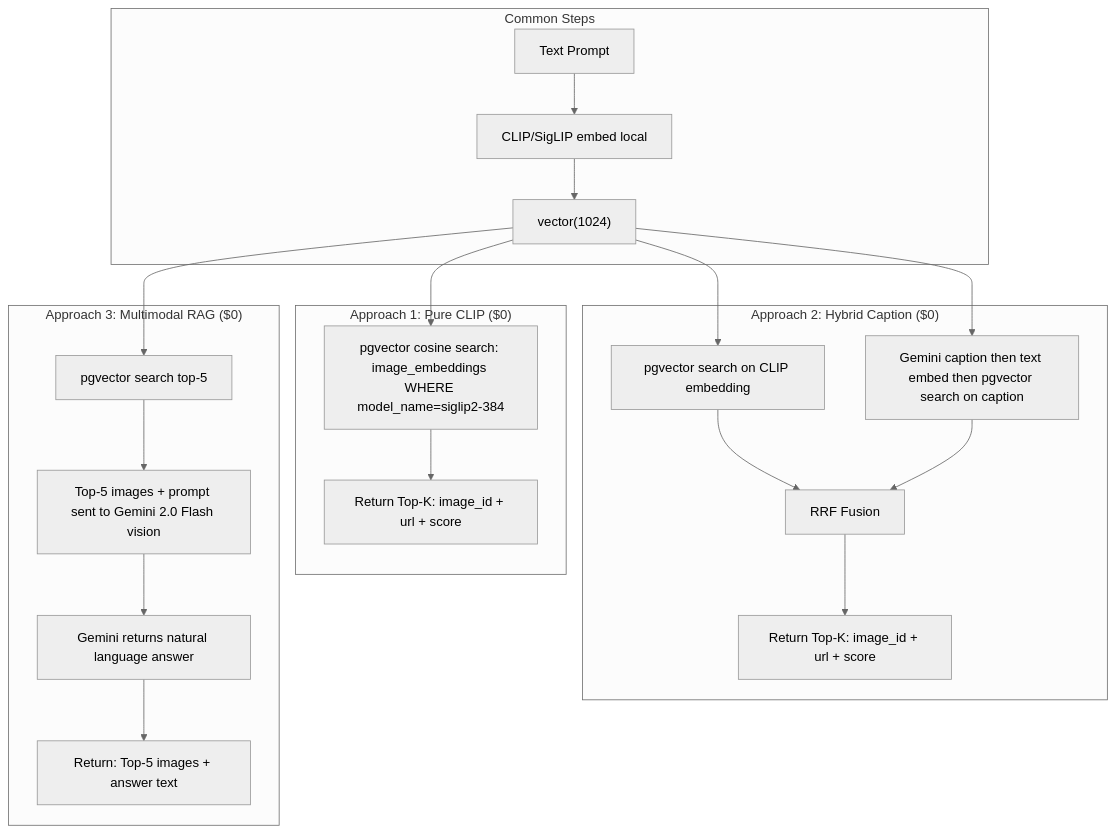
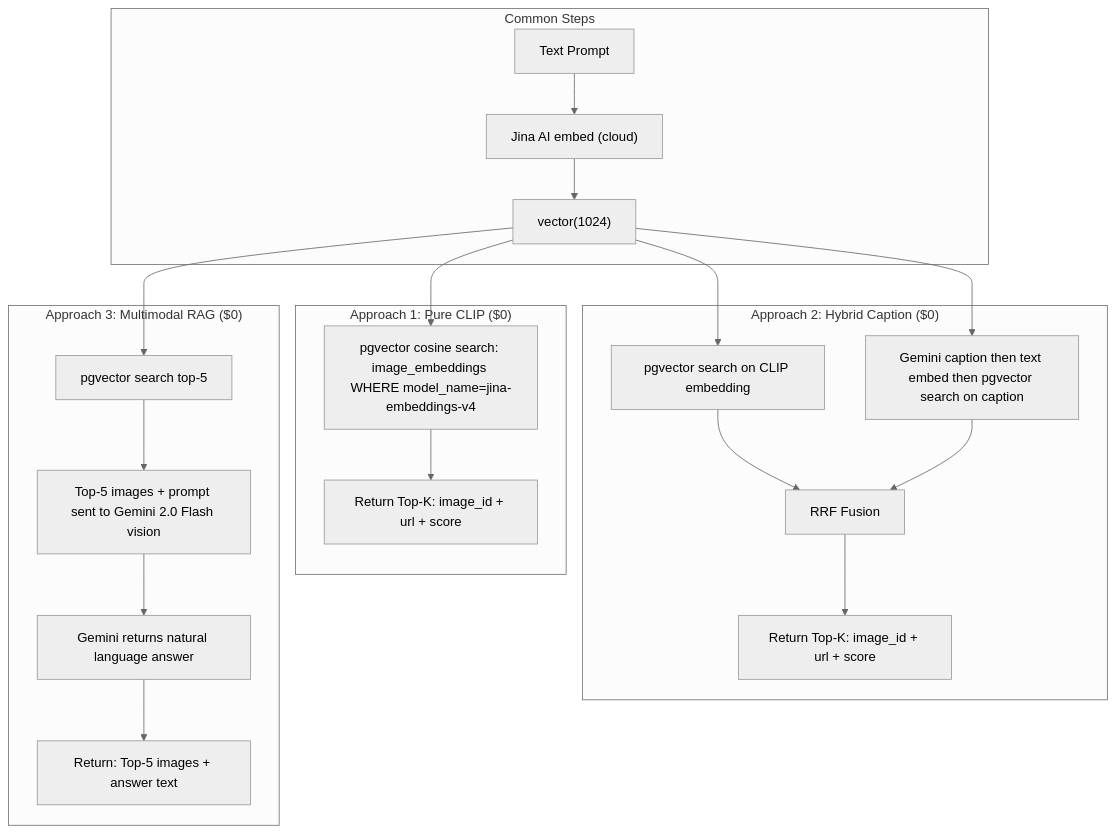
Before and after one commit to minhphu102003/image-search: the third of 5 diagrams in docs/architectures/image-search.md, drawn with Mermaid (neutral theme). The commit also changed other lines of this file and 31 other files, not shown here.

First line of the commit message:
feat: replace self-hosted SigLIP 2 with Jina AI cloud embeddings (IS-014)

````diff
--- a/docs/architectures/image-search.md
+++ b/docs/architectures/image-search.md
@@ -90,26 +90,26 @@
 ```mermaid
 flowchart TB
     subgraph Common["Common Steps"]
-        A["Text Prompt"] --> B["CLIP/SigLIP embed local"]
+        A["Text Prompt"] --> B["Jina AI embed (cloud)"]
         B --> C["vector(1024)"]
     end
 
     subgraph A1["Approach 1: Pure CLIP ($0)"]
-        C --> D1["pgvector cosine search: image_embeddings WHERE model_name=siglip2-384"]
+        C --> D1["pgvector cosine search: image_embeddings WHERE model_name=jina-embeddings-v4"]
         D1 --> E1["Return Top-K: image_id + url + score"]
     end
 
     subgraph A2["Approach 2: Hybrid Caption ($0)"]
         C --> D2["pgvector search on CLIP embedding"]
         C --> F2["Gemini caption then text embed then pgvector search on caption"]
         D2 & F2 --> G2["RRF Fusion"]
         G2 --> E2["Return Top-K: image_id + url + score"]
     end
 
     subgraph A3["Approach 3: Multimodal RAG ($0)"]
         C --> D3["pgvector search top-5"]
         D3 --> H3["Top-5 images + prompt sent to Gemini 2.0 Flash vision"]
         H3 --> I3["Gemini returns natural language answer"]
         I3 --> E3["Return: Top-5 images + answer text"]
     end
 ```
````
